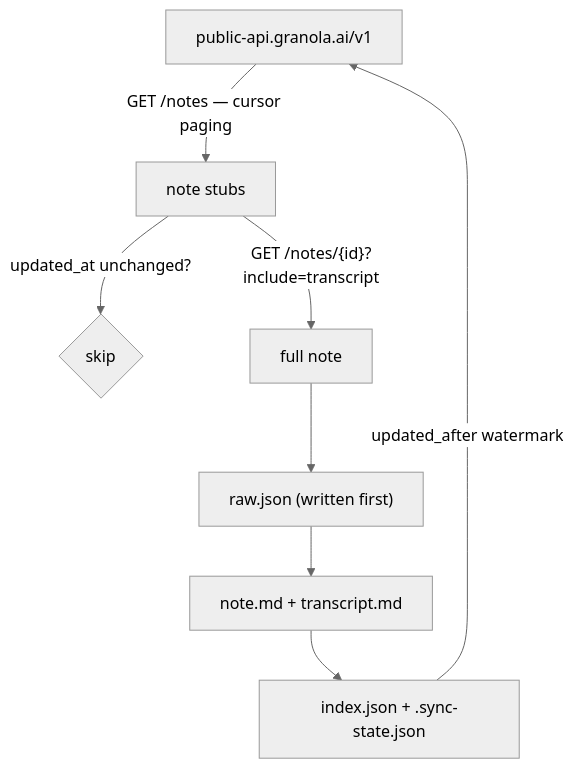
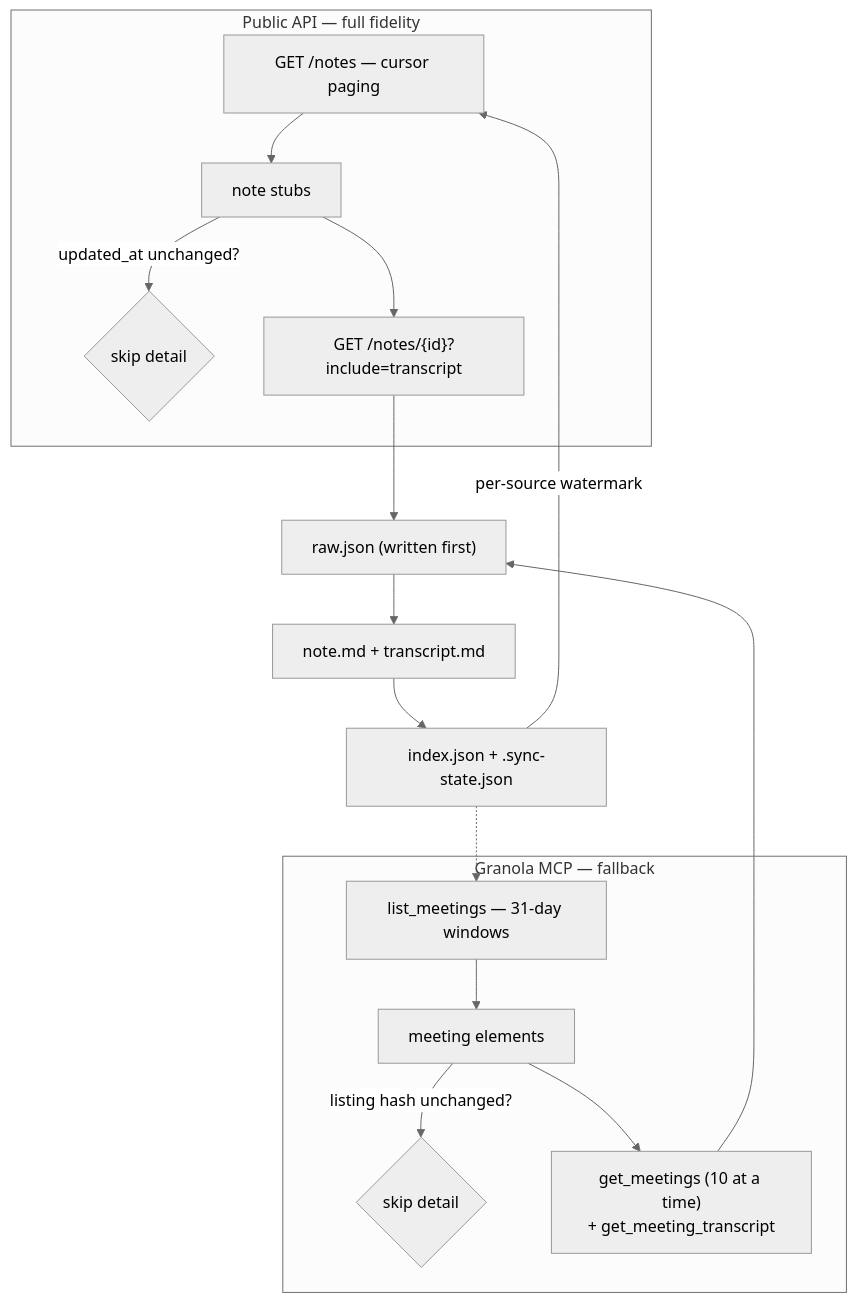
Before and after one commit to junxit/granola-exporter: the diagram in README.md, drawn with Mermaid (neutral theme). The commit also changed other lines of this file and 21 other files, not shown here.

First line of the commit message:
feat: add the Granola MCP as a fallback backend

````diff
--- a/README.md
+++ b/README.md
@@ -27,10 +48,19 @@
 ```mermaid
 flowchart TD
-    A["public-api.granola.ai/v1"] -->|"GET /notes — cursor paging"| B[note stubs]
-    B -->|"updated_at unchanged?"| C{skip}
-    B -->|"GET /notes/{id}?include=transcript"| D[full note]
+    subgraph public["Public API — full fidelity"]
+        A["GET /notes — cursor paging"] --> B[note stubs]
+        B -->|"updated_at unchanged?"| C{skip detail}
+        B --> D["GET /notes/{id}?include=transcript"]
+    end
+    subgraph mcp["Granola MCP — fallback"]
+        M["list_meetings — 31-day windows"] --> N[meeting elements]
+        N -->|"listing hash unchanged?"| O{skip detail}
+        N --> P["get_meetings (10 at a time)<br/>+ get_meeting_transcript"]
+    end
     D --> E["raw.json (written first)"]
+    P --> E
     E --> F["note.md + transcript.md"]
     F --> G["index.json + .sync-state.json"]
-    G -->|"updated_after watermark"| A
+    G -->|"per-source watermark"| A
+    G -.-> M
 ```
````
